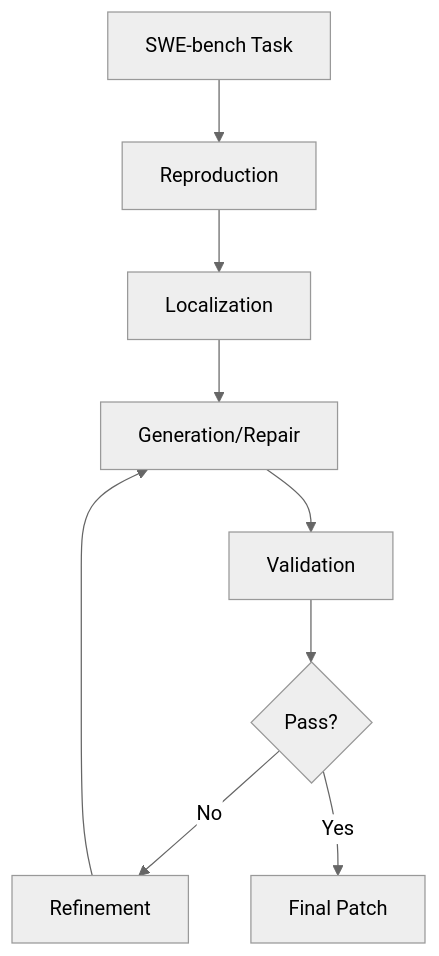
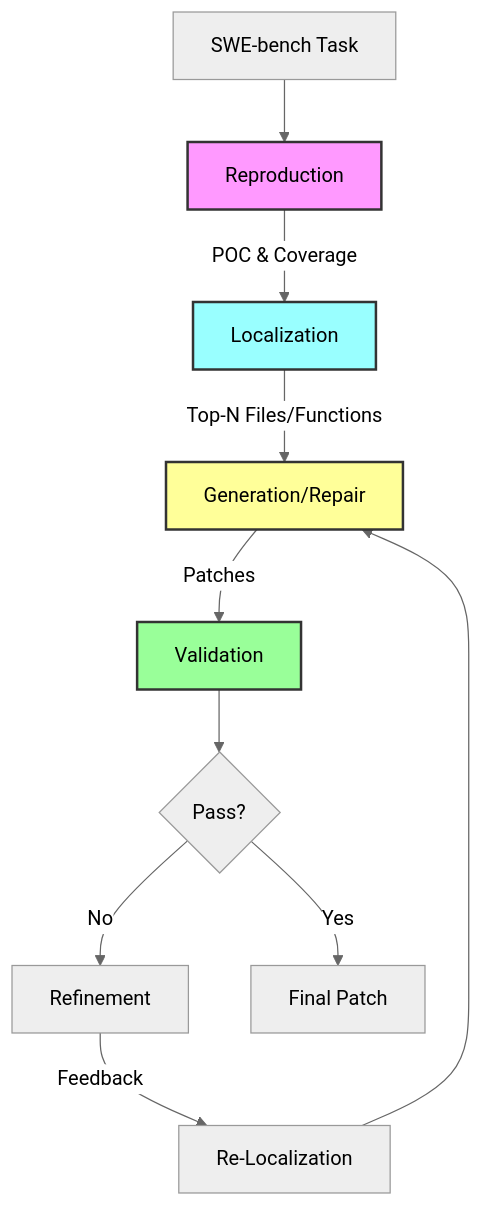
Before and after one commit to ryuta5353/PatchPilot: the diagram in PATCHPILOT_CODE_ARCHITECTURE.md, drawn with Mermaid (neutral theme). The commit also changed other lines of this file, not shown here.

````diff
--- a/PATCHPILOT_CODE_ARCHITECTURE.md
+++ b/PATCHPILOT_CODE_ARCHITECTURE.md
@@ -210,11 +258,17 @@
 ```mermaid
 graph TD
     A[SWE-bench Task] --> B[Reproduction]
-    B --> C[Localization]
-    C --> D[Generation/Repair]
-    D --> E[Validation]
+    B --> |POC & Coverage| C[Localization]
+    C --> |Top-N Files/Functions| D[Generation/Repair]
+    D --> |Patches| E[Validation]
     E --> F{Pass?}
     F -->|No| G[Refinement]
-    G --> D
+    G --> |Feedback| C2[Re-Localization]
+    C2 --> D
     F -->|Yes| H[Final Patch]
+    
+    style B fill:#f9f,stroke:#333,stroke-width:2px
+    style C fill:#9ff,stroke:#333,stroke-width:2px
+    style D fill:#ff9,stroke:#333,stroke-width:2px
+    style E fill:#9f9,stroke:#333,stroke-width:2px
 ```
````
